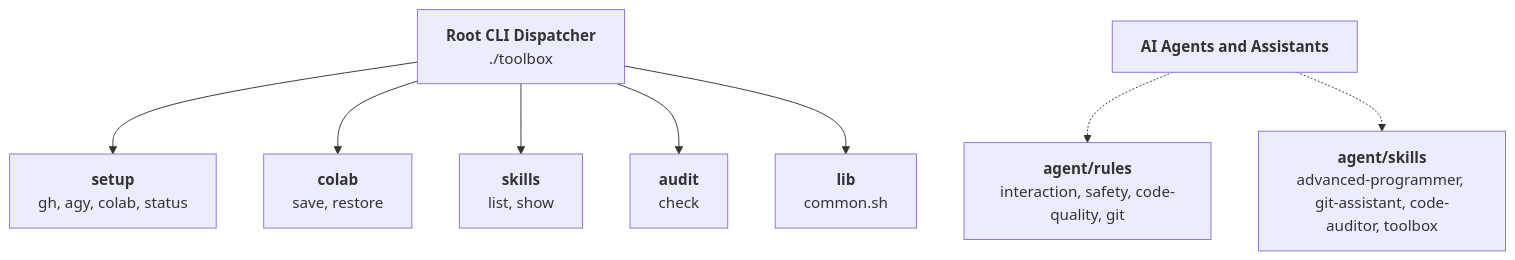
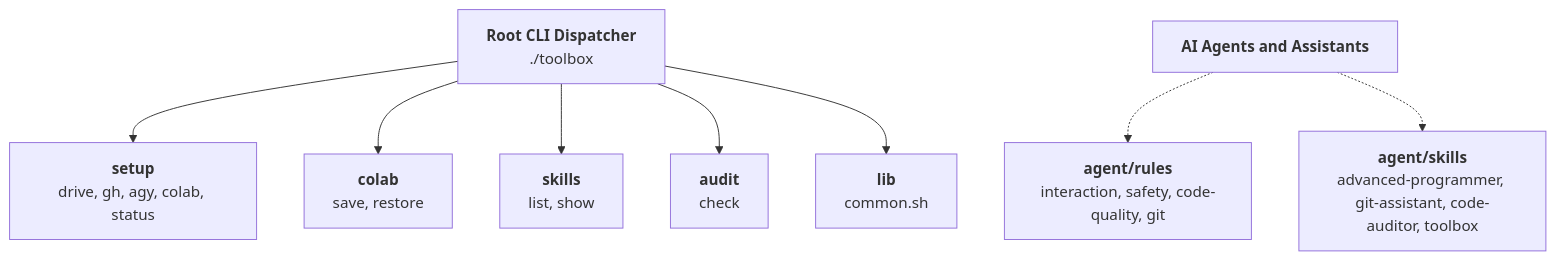
The diagram in AGENTS.md (mkh-user/toolbox), drawn with Mermaid before and after one commit. The commit also changed other lines of this file and 12 other files, not shown here.

First line of the commit message:
feat(setup): add Drive backup for GitHub token and auto-mount drive command

````diff
--- a/AGENTS.md
+++ b/AGENTS.md
@@ -11,11 +11,11 @@
 ```mermaid
 flowchart TD
-    CLI["<b>Root CLI Dispatcher</b><br/>./toolbox"] --> Setup["<b>setup</b><br/>gh, agy, colab, status"]
+    CLI["<b>Root CLI Dispatcher</b><br/>./toolbox"] --> Setup["<b>setup</b><br/>drive, gh, agy, colab, status"]
     CLI --> Colab["<b>colab</b><br/>save, restore"]
     CLI --> SkillsTool["<b>skills</b><br/>list, show"]
     CLI --> Audit["<b>audit</b><br/>check"]
     CLI --> Lib["<b>lib</b><br/>common.sh"]
     
     Agents["<b>AI Agents and Assistants</b>"] -.-> Rules["<b>agent/rules</b><br/>interaction, safety, code-quality, git"]
     Agents -.-> Skills["<b>agent/skills</b><br/>advanced-programmer, git-assistant, code-auditor, toolbox"]
 ```
````
